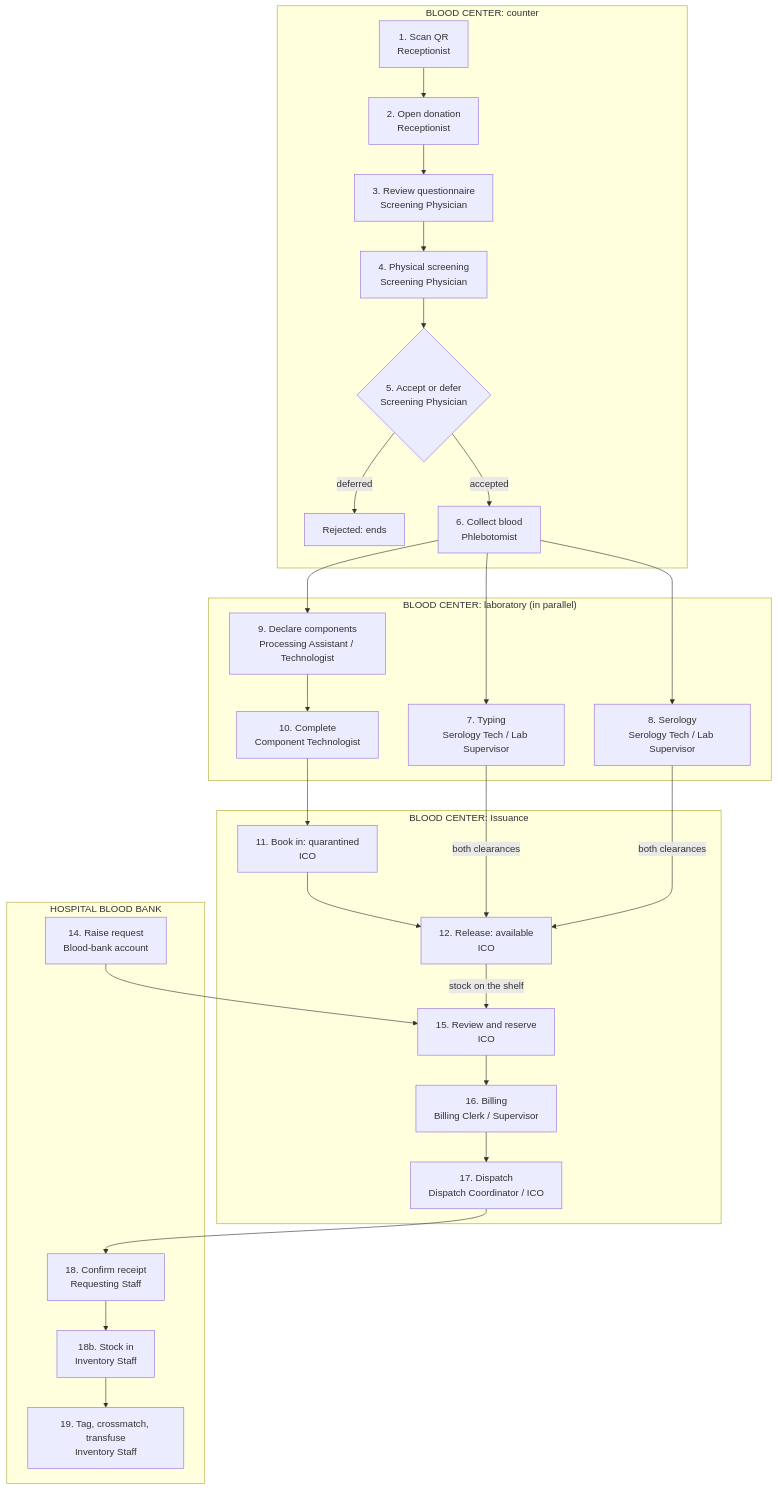
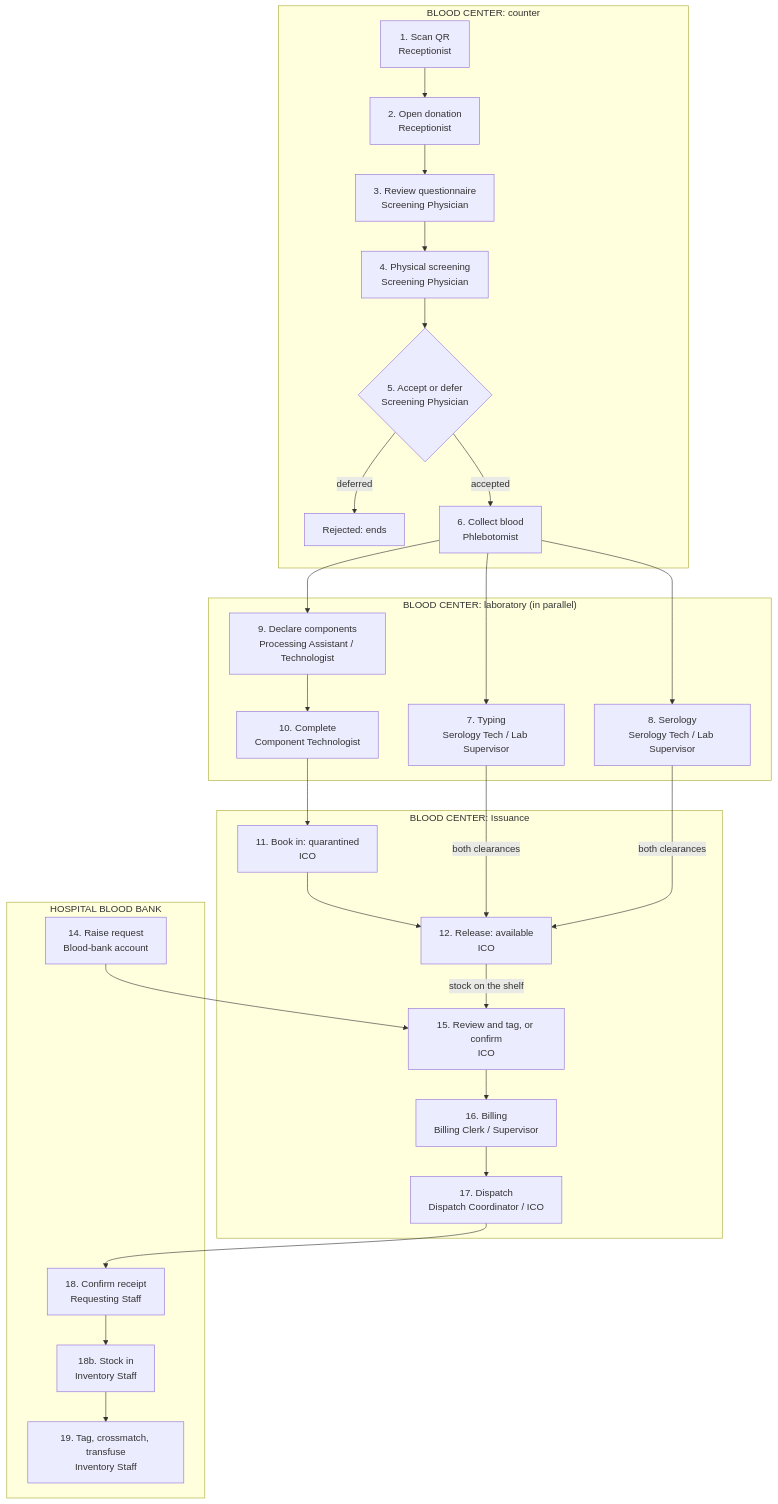
One commit to REDAGOS-DEV/RedAgos_server changed the diagram in docs/OPERATIONAL-LIFECYCLE.md. Above: the diagram before and after it, drawn with Mermaid. The commit also changed other lines of this file and 80 other files, not shown here.

````diff
--- a/docs/OPERATIONAL-LIFECYCLE.md
+++ b/docs/OPERATIONAL-LIFECYCLE.md
@@ -65,35 +65,35 @@
 ```mermaid
 flowchart TD
     subgraph CTR["BLOOD CENTER: counter"]
         S1["1. Scan QR<br/>Receptionist"] --> S2["2. Open donation<br/>Receptionist"]
         S2 --> S3["3. Review questionnaire<br/>Screening Physician"]
         S3 --> S4["4. Physical screening<br/>Screening Physician"]
         S4 --> S5{"5. Accept or defer<br/>Screening Physician"}
         S5 -->|deferred| X["Rejected: ends"]
         S5 -->|accepted| S6["6. Collect blood<br/>Phlebotomist"]
     end
     subgraph LAB["BLOOD CENTER: laboratory (in parallel)"]
         S7["7. Typing<br/>Serology Tech / Lab Supervisor"]
         S8["8. Serology<br/>Serology Tech / Lab Supervisor"]
         S9["9. Declare components<br/>Processing Assistant / Technologist"] --> S10["10. Complete<br/>Component Technologist"]
     end
     subgraph ISS["BLOOD CENTER: Issuance"]
         S11["11. Book in: quarantined<br/>ICO"]
         S12["12. Release: available<br/>ICO"]
-        S15["15. Review and reserve<br/>ICO"]
+        S15["15. Review and tag, or confirm<br/>ICO"]
         S16["16. Billing<br/>Billing Clerk / Supervisor"]
         S17["17. Dispatch<br/>Dispatch Coordinator / ICO"]
         S11 --> S12
         S15 --> S16 --> S17
     end
     subgraph BB["HOSPITAL BLOOD BANK"]
         S14["14. Raise request<br/>Blood-bank account"]
         S18["18. Confirm receipt<br/>Requesting Staff"] --> S18b["18b. Stock in<br/>Inventory Staff"] --> S19["19. Tag, crossmatch, transfuse<br/>Inventory Staff"]
     end
     S6 --> S7 & S8 & S9
     S10 --> S11
     S7 & S8 -->|both clearances| S12
     S12 -->|stock on the shelf| S15
     S14 --> S15
     S17 --> S18
 ```
````
